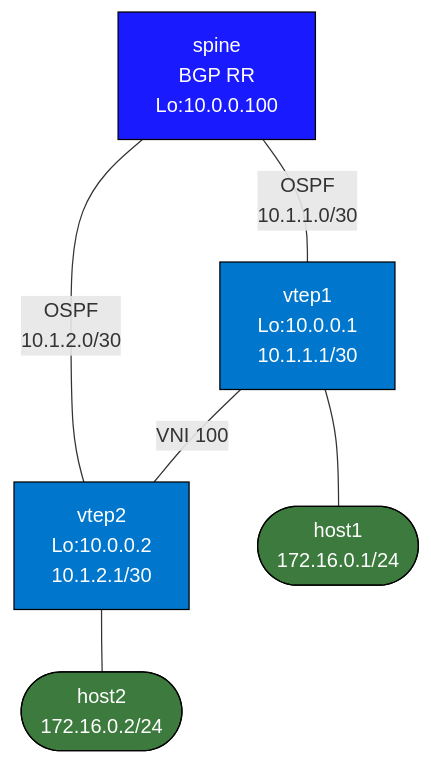
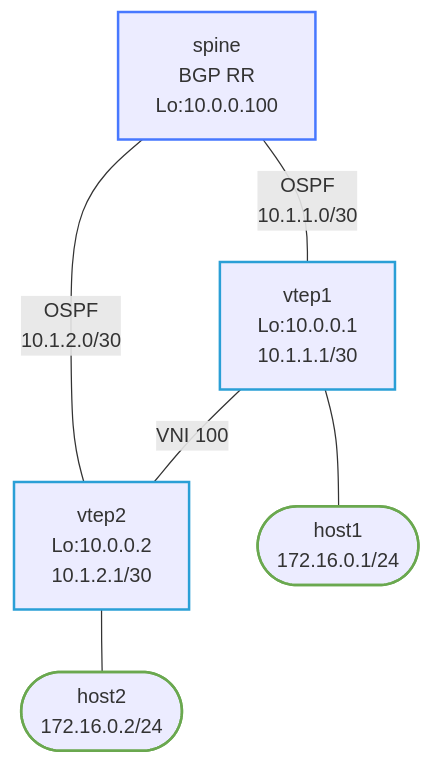
One commit to jschless/networkingLabs changed the diagram in labs/debug-vxlan-evpn/README.md. Above: the diagram before and after it, drawn with Mermaid. The commit also changed 250 other files, not shown here.

Commit message:
Fix unreadable topology diagrams, convert ASCII art, publish assessments (#57)

````diff
--- a/labs/debug-vxlan-evpn/README.md
+++ b/labs/debug-vxlan-evpn/README.md
@@ -16,21 +16,21 @@
 ```mermaid
 flowchart TB
-    spine["spine\nBGP RR\nLo:10.0.0.100"]
-    vtep1["vtep1\nLo:10.0.0.1\n10.1.1.1/30"]
-    vtep2["vtep2\nLo:10.0.0.2\n10.1.2.1/30"]
-    host1(["host1\n172.16.0.1/24"])
-    host2(["host2\n172.16.0.2/24"])
+    spine["spine<br/>BGP RR<br/>Lo:10.0.0.100"]
+    vtep1["vtep1<br/>Lo:10.0.0.1<br/>10.1.1.1/30"]
+    vtep2["vtep2<br/>Lo:10.0.0.2<br/>10.1.2.1/30"]
+    host1(["host1<br/>172.16.0.1/24"])
+    host2(["host2<br/>172.16.0.2/24"])
 
-    spine -- "OSPF\n10.1.1.0/30" --- vtep1
-    spine -- "OSPF\n10.1.2.0/30" --- vtep2
+    spine -- "OSPF<br/>10.1.1.0/30" --- vtep1
+    spine -- "OSPF<br/>10.1.2.0/30" --- vtep2
     vtep1 -- "VNI 100" --- vtep2
     vtep1 --- host1
     vtep2 --- host2
 
-    classDef spine fill:#1a1aff,color:#fff,stroke:#000
-    classDef vtep  fill:#0077cc,color:#fff,stroke:#000
-    classDef host  fill:#3d7a3d,color:#fff,stroke:#000
+    classDef spine stroke:#4778ff,stroke-width:2px
+    classDef vtep stroke:#2a9fd6,stroke-width:2px
+    classDef host stroke:#6aa84f,stroke-width:2px
     class spine spine
     class vtep1,vtep2 vtep
     class host1,host2 host
 ```
````
